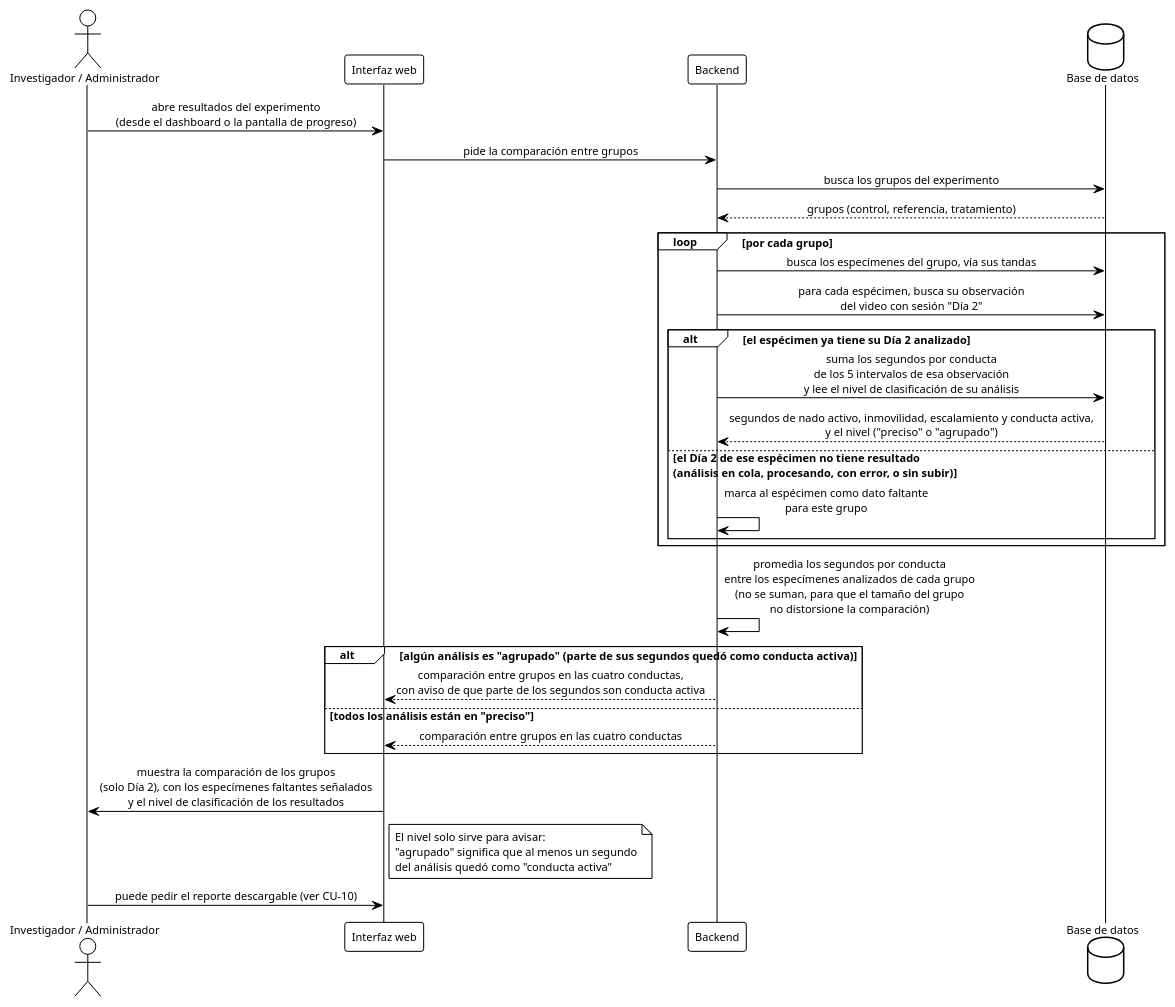
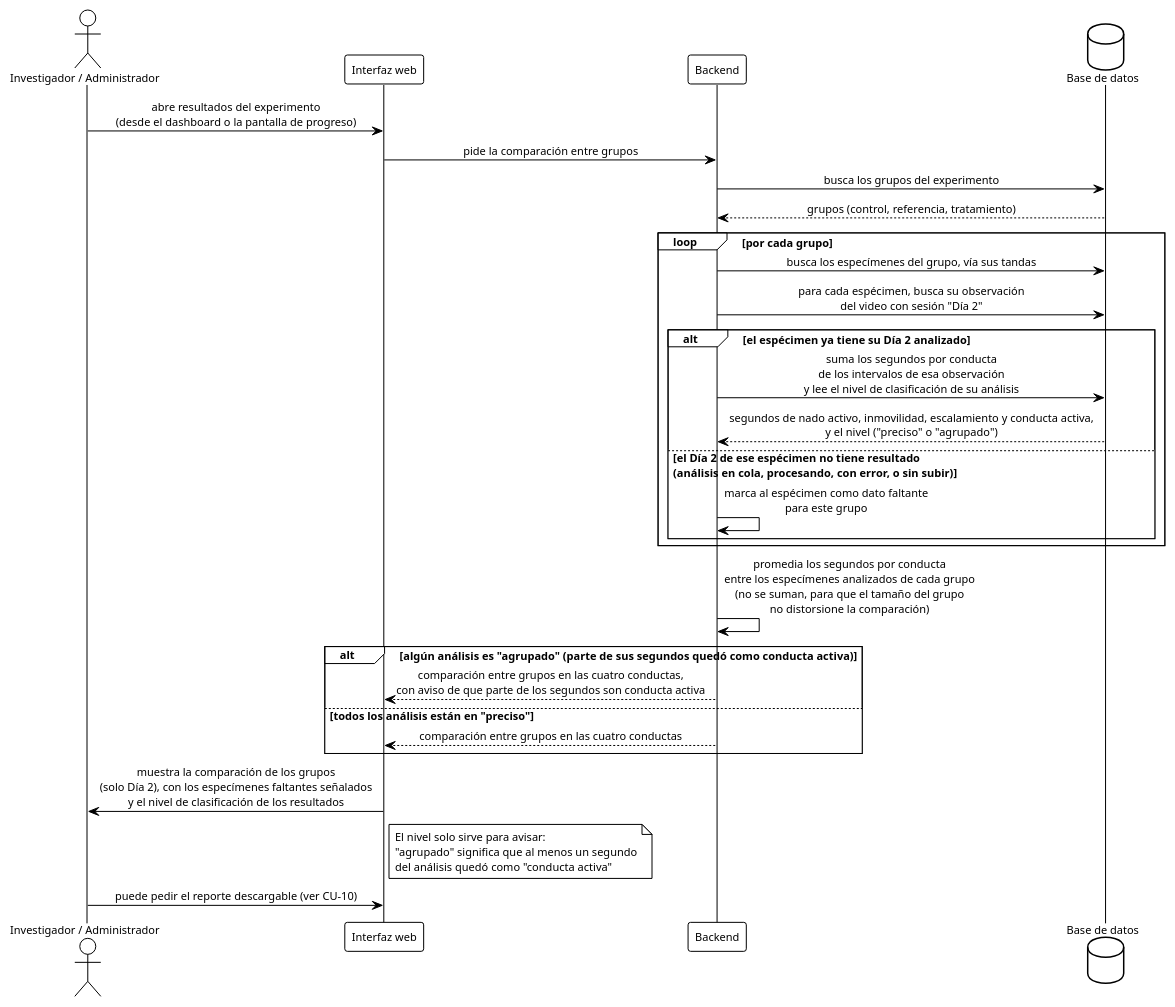
One commit to ErickJester/fst-ai-system-latex changed the diagram in diagramas/seq_consulta_resultados.puml. Above: the diagram before and after it, drawn with PlantUML. The commit also changed 33 other files, not shown here.

```diff
--- a/diagramas/seq_consulta_resultados.puml
+++ b/diagramas/seq_consulta_resultados.puml
@@ -1,96 +1,96 @@
 @startuml seq_consulta_resultados
 ' ================================================================
 '  Secuencia - Consulta de resultados, comparacion entre grupos
 '  Base de datos FST | TT 2026-B066 | ESCOM-IPN
 '  Frausto Robles Angel Ali . Rodriguez Verdin Sandoval Vanesa
 ' ----------------------------------------------------------------
 '  Reemplaza a CU-09 "Consultar resultados del analisis"
 '  (chapters/05_diseno.tex:1540-1591) y a figures/mermaid/seq_resultados.
 '
 '  Por que cambia, con fuente:
 '  - CU-09 compara "Dia 1 vs Dia 2 por especimen" y lee de las tablas
 '    viejas ResultadoComportamiento / ComportamientoPorMinuto, que ya
 '    no existen. La comparacion real que pide el protocolo es OTRA:
 '    "Los 5 minutos del Dia 2, entre los tres grupos" (Reunion 3-sep,
 '    ver errores/preguntas-doctor.md SS5 "Ya respondido").
 '  - El Dia 1 no mide el efecto del tratamiento: solo confirma que
 '    existe el video de habituacion de la prueba de Porsolt (D-54).
 '    No se analiza ni entra en esta comparacion.
 '  - Camino de datos real: GRUPO -> TANDA -> ESPECIMEN -> OBSERVACION
 '    (del video con sesion = "Dia 2") -> INTERVALO -> PRESENTA
 '    (segundos por conducta). Se suma por especimen y se agrega por
 '    grupo -- nada de esto se preguarda, se deriva en consulta
 '    (ver DISENO-BD.md SS0, "Decisiones que sostienen el modelo").
 '  - D-17 (13-sep): un analisis puede ser "preciso" (tres conductas
 '    separadas) o "agrupado" (nado activo + escalamiento fundidos en
 '    "conducta activa"), segun si el clasificador alcanzo F1 >= 85%.
 '    Si dentro de un mismo grupo hay especimenes con los dos niveles,
 '    comparar sus segundos por conducta sin avisar mezclaria
 '    categorias que no significan lo mismo -- CU-09 nunca contemplo
 '    esto porque D-15/D-16/D-17 son posteriores.
 '  - D-41 (3-oct): el nivel se guarda en ANALISIS.nivelClasif --
 '    "agrupado" si algun segundo del analisis quedo como conducta
 '    activa, "preciso" si ninguno. La interfaz solo lo usa para
 '    avisar en los resultados; el diagrama lo lee junto con los
 '    segundos de cada especimen.
 '
 '  ---- Provisional, pendiente de confirmar con el laboratorio ----
 '  Q-E  Se promedia por especimen, no se suma por grupo, para que el
 '       tamano del grupo no distorsione la comparacion. Sin confirmar
 '       si el laboratorio de verdad compara asi o por total.
 '  Q-F  Si un grupo mezcla niveles "preciso"/"agrupado", se muestran
 '       separados con aviso, en vez de forzar todo a "agrupado". Sin
 '       confirmar cual prefiere el laboratorio.
 '  Ver errores/preguntas-doctor.md SS2 (Q-E, Q-F) para el detalle.
 '
 '  Generar:
 '      java -jar plantuml.jar -tpng diagramas/seq_consulta_resultados.puml
 ' ================================================================
 
 !theme plain
 skinparam defaultFontName Arial
 skinparam defaultFontSize 11
 skinparam shadowing false
 skinparam sequenceMessageAlign center
 skinparam BoxPadding 10
 
 actor "Investigador / Administrador" as inv
 participant "Interfaz web" as ui
 participant Backend as api
 database "Base de datos" as db
 
 inv -> ui: abre resultados del experimento\n(desde el dashboard o la pantalla de progreso)
 ui -> api: pide la comparación entre grupos
 api -> db: busca los grupos del experimento
 
 db --> api: grupos (control, referencia, tratamiento)
 
 loop por cada grupo
   api -> db: busca los especímenes del grupo, vía sus tandas
   api -> db: para cada espécimen, busca su observación\ndel video con sesión "Día 2"
 
   alt el espécimen ya tiene su Día 2 analizado
-    api -> db: suma los segundos por conducta\nde los 5 intervalos de esa observación\ny lee el nivel de clasificación de su análisis
+    api -> db: suma los segundos por conducta\nde los intervalos de esa observación\ny lee el nivel de clasificación de su análisis
     db --> api: segundos de nado activo, inmovilidad, escalamiento y conducta activa,\ny el nivel ("preciso" o "agrupado")
   else el Día 2 de ese espécimen no tiene resultado\n(análisis en cola, procesando, con error, o sin subir)
     api -> api: marca al espécimen como dato faltante\npara este grupo
   end
 end
 
 api -> api: promedia los segundos por conducta\nentre los especímenes analizados de cada grupo\n(no se suman, para que el tamaño del grupo\nno distorsione la comparación)
 
 alt algún análisis es "agrupado" (parte de sus segundos quedó como conducta activa)
   api --> ui: comparación entre grupos en las cuatro conductas,\ncon aviso de que parte de los segundos son conducta activa
 else todos los análisis están en "preciso"
   api --> ui: comparación entre grupos en las cuatro conductas
 end
 
 ui -> inv: muestra la comparación de los grupos\n(solo Día 2), con los especímenes faltantes señalados\ny el nivel de clasificación de los resultados
 note right of ui
   El nivel solo sirve para avisar:
   "agrupado" significa que al menos un segundo
   del análisis quedó como "conducta activa"
 end note
 inv -> ui: puede pedir el reporte descargable (ver CU-10)
 
 @enduml
```
